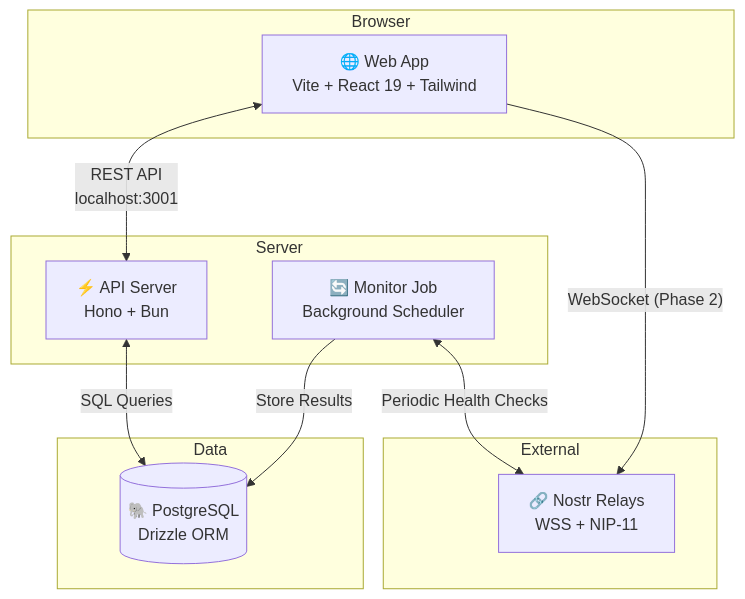
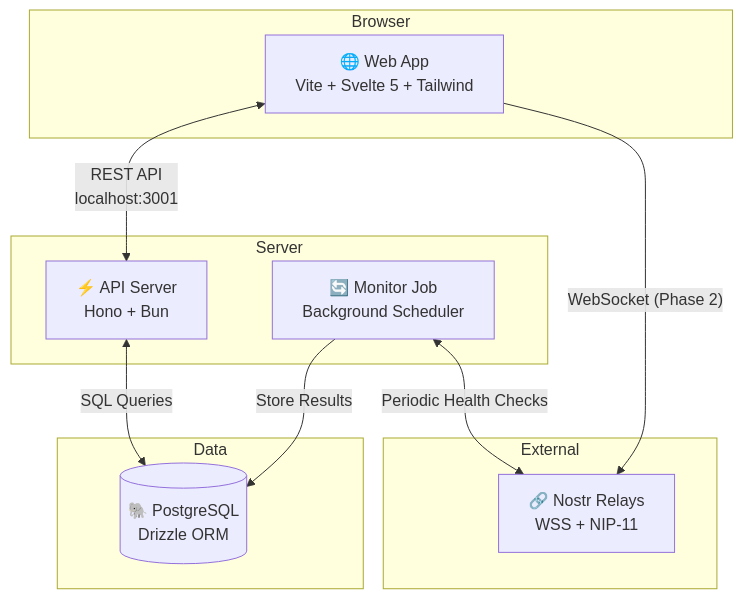
Before and after one commit to saad-tayyab/relay-dog: the first of 4 diagrams in docs/architecture/overview.md, drawn with Mermaid. The commit also changed other lines of this file and 55 other files, not shown here.

First line of the commit message:
feat: migrate frontend from React 19 to Svelte 5

````diff
--- a/docs/architecture/overview.md
+++ b/docs/architecture/overview.md
@@ -9,25 +9,25 @@
 ```mermaid
 graph TB
     subgraph "Browser"
-        WEB["🌐 Web App<br/>Vite + React 19 + Tailwind"]
+        WEB["🌐 Web App<br/>Vite + Svelte 5 + Tailwind"]
     end
 
     subgraph "Server"
         API["⚡ API Server<br/>Hono + Bun"]
         MON["🔄 Monitor Job<br/>Background Scheduler"]
     end
 
     subgraph "Data"
         DB[("🐘 PostgreSQL<br/>Drizzle ORM")]
     end
 
     subgraph "External"
         RELAY["🔗 Nostr Relays<br/>WSS + NIP-11"]
     end
 
     WEB <-->|"REST API<br/>localhost:3001"| API
     API <-->|"SQL Queries"| DB
     MON <-->|"Periodic Health Checks"| RELAY
     MON -->|"Store Results"| DB
     WEB -->|"WebSocket (Phase 2)"| RELAY
 ```
````
